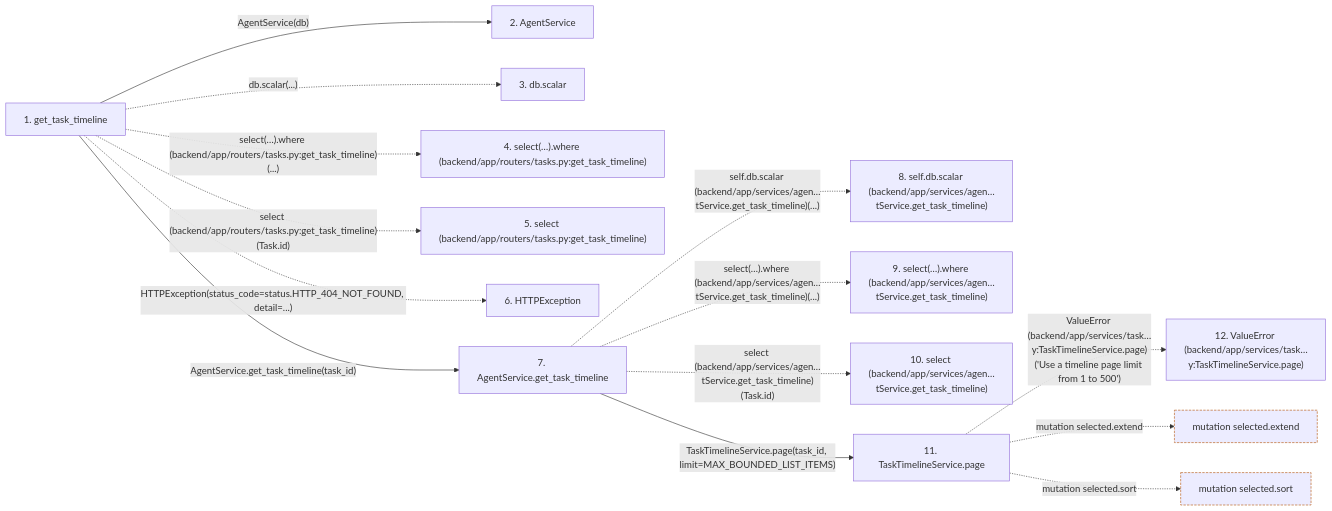
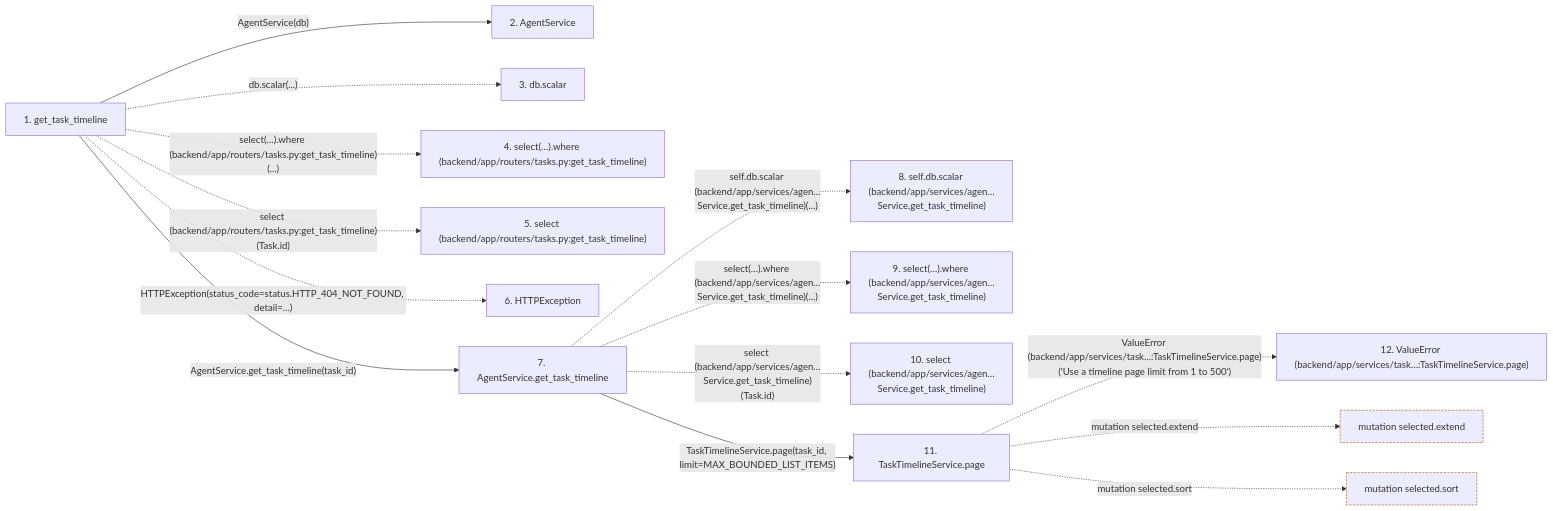
The second of 2 diagrams in docs/llm_wiki/flows/http-get_task_timeline.md (Denissvgn/WorkChord), drawn with Mermaid before and after one commit. The commit also changed other lines of this file and 502 other files, not shown here.

````diff
--- a/docs/llm_wiki/flows/http-get_task_timeline.md
+++ b/docs/llm_wiki/flows/http-get_task_timeline.md
@@ -133,37 +135,37 @@
 ```mermaid
 flowchart LR
     s1["1. get_task_timeline"]
     s2["2. AgentService"]
     s3["3. db.scalar"]
     s4["4. select(…).where (backend/app/routers/tasks.py:get_task_timeline)"]
     s5["5. select (backend/app/routers/tasks.py:get_task_timeline)"]
     s6["6. HTTPException"]
     s7["7. AgentService.get_task_timeline"]
-    s8["8. self.db.scalar (backend/app/services/agen…tService.get_task_timeline)"]
-    s9["9. select(…).where (backend/app/services/agen…tService.get_task_timeline)"]
-    s10["10. select (backend/app/services/agen…tService.get_task_timeline)"]
+    s8["8. self.db.scalar (backend/app/services/agen…Service.get_task_timeline)"]
+    s9["9. select(…).where (backend/app/services/agen…Service.get_task_timeline)"]
+    s10["10. select (backend/app/services/agen…Service.get_task_timeline)"]
     s11["11. TaskTimelineService.page"]
-    s12["12. ValueError (backend/app/services/task…y:TaskTimelineService.page)"]
+    s12["12. ValueError (backend/app/services/task…:TaskTimelineService.page)"]
     s1 -->|"AgentService(db)"| s2
     s1 -. "db.scalar(...)" .-> s3
     s1 -. "select(…).where (backend/app/routers/tasks.py:get_task_timeline)(...)" .-> s4
     s1 -. "select (backend/app/routers/tasks.py:get_task_timeline)(Task.id)" .-> s5
     s1 -. "HTTPException(status_code=status.HTTP_404_NOT_FOUND, detail=...)" .-> s6
     s1 -->|"AgentService.get_task_timeline(task_id)"| s7
-    s7 -. "self.db.scalar (backend/app/services/agen…tService.get_task_timeline)(...)" .-> s8
-    s7 -. "select(…).where (backend/app/services/agen…tService.get_task_timeline)(...)" .-> s9
-    s7 -. "select (backend/app/services/agen…tService.get_task_timeline)(Task.id)" .-> s10
+    s7 -. "self.db.scalar (backend/app/services/agen…Service.get_task_timeline)(...)" .-> s8
+    s7 -. "select(…).where (backend/app/services/agen…Service.get_task_timeline)(...)" .-> s9
+    s7 -. "select (backend/app/services/agen…Service.get_task_timeline)(Task.id)" .-> s10
     s7 -->|"TaskTimelineService.page(task_id, limit=MAX_BOUNDED_LIST_ITEMS)"| s11
-    s11 -. "ValueError (backend/app/services/task…y:TaskTimelineService.page)('Use a timeline page limit from 1 to 500')" .-> s12
+    s11 -. "ValueError (backend/app/services/task…:TaskTimelineService.page)('Use a timeline page limit from 1 to 500')" .-> s12
     b0["mutation selected.extend"]
     s11 -. "mutation selected.extend" .-> b0
     b1["mutation selected.sort"]
     s11 -. "mutation selected.sort" .-> b1
     click s1 "../modules/tasks.md"
     click s2 "../modules/agent_service.md"
     click s7 "../modules/agent_service.md"
     click s11 "../modules/task_timeline_service.md"
     classDef boundary stroke:#b45309,stroke-dasharray: 4 2
     class b0 boundary
     class b1 boundary
 ```
````
